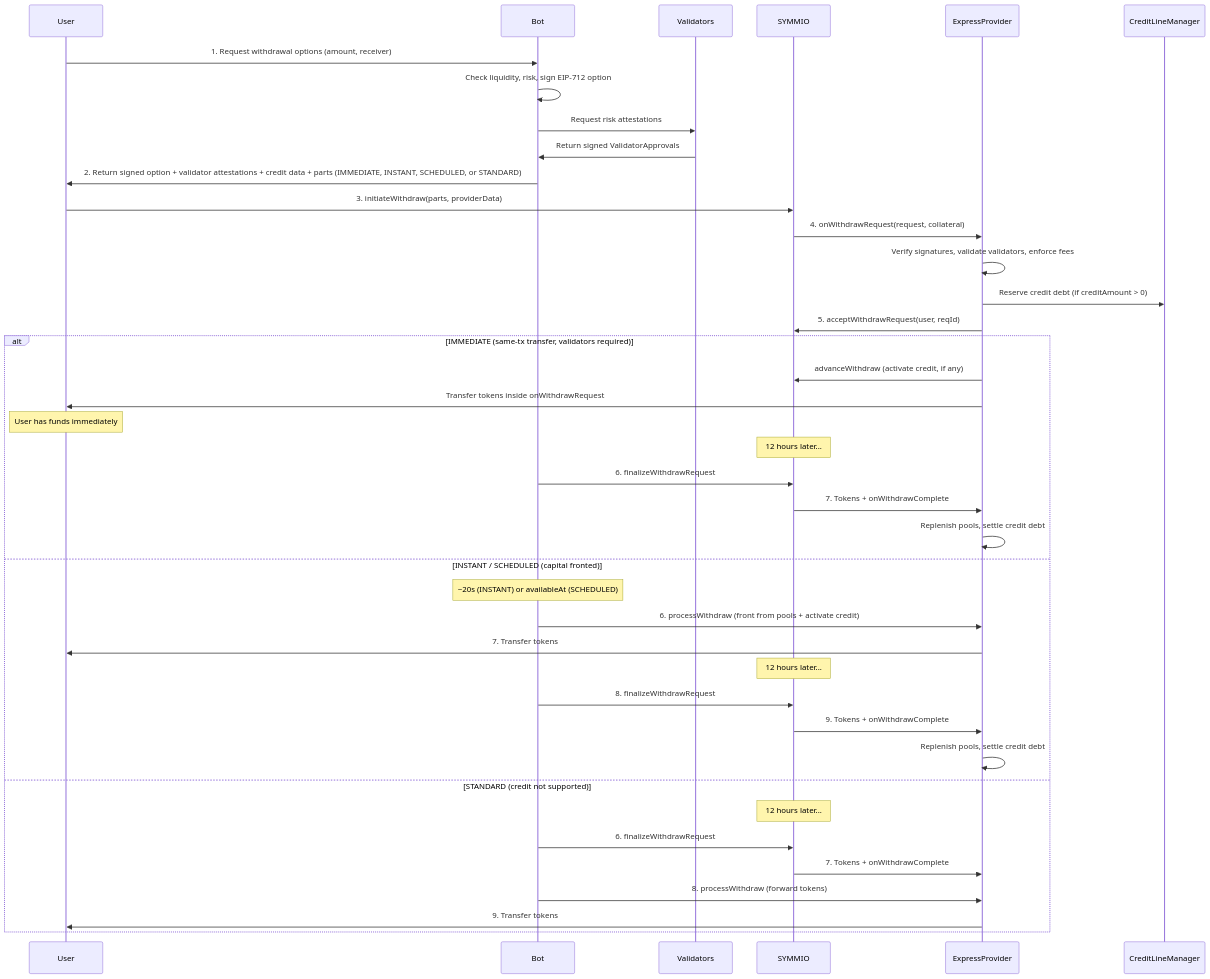
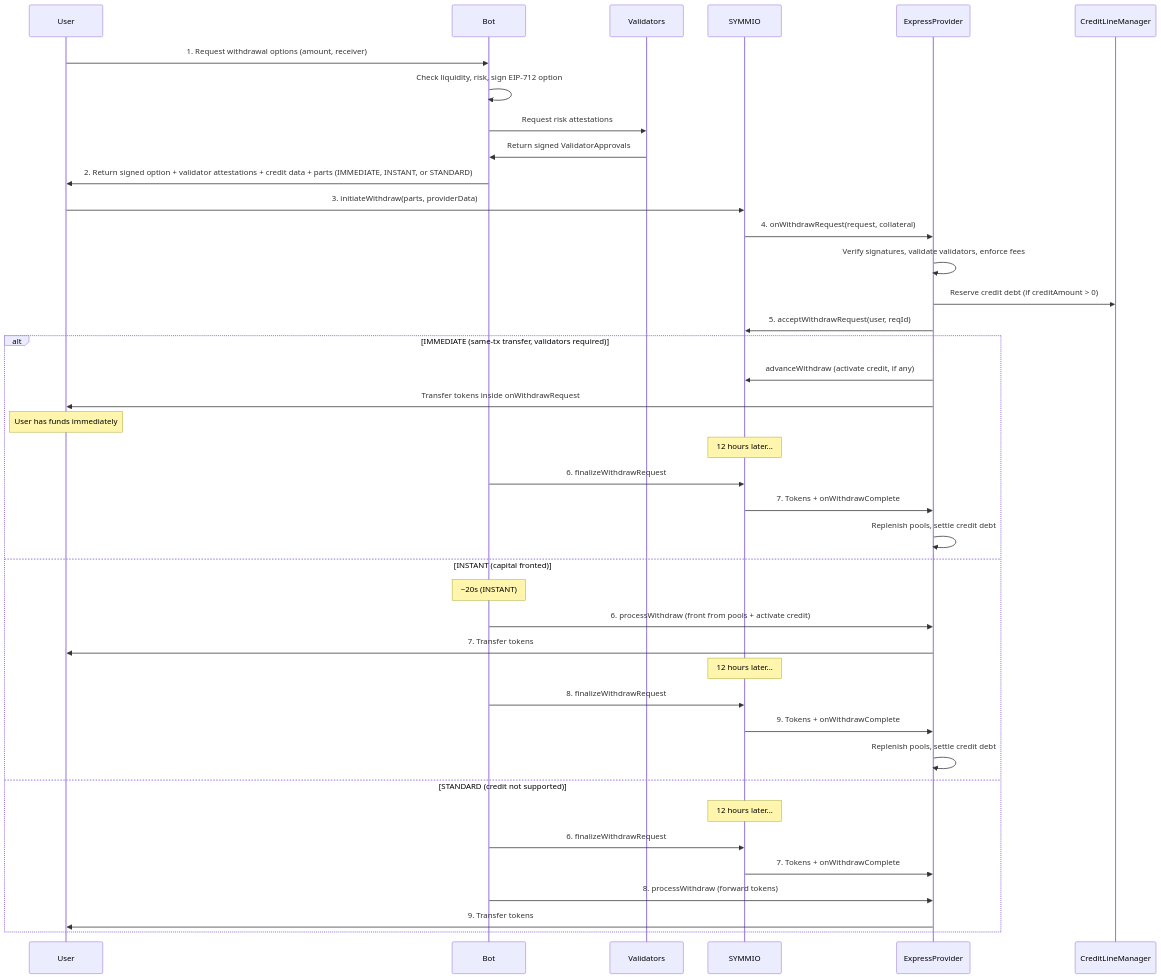
One commit to SYMM-IO/perps-core changed the first of 15 diagrams in docs/v0.8.6/express-withdrawal-system-design.md. Above: the diagram before and after it, drawn with Mermaid. The commit also changed other lines of this file and 14 other files, not shown here.

Commit message:
feat: remove SCHEDULED option type and ring buffer system

````diff
--- a/docs/v0.8.6/express-withdrawal-system-design.md
+++ b/docs/v0.8.6/express-withdrawal-system-design.md
@@ -9,45 +9,45 @@
 ```mermaid
 sequenceDiagram
     participant User
     participant Bot
     participant Validators
     participant SYMMIO
     participant Express as ExpressProvider
     participant CLM as CreditLineManager
 
     User->>Bot: 1. Request withdrawal options (amount, receiver)
     Bot->>Bot: Check liquidity, risk, sign EIP-712 option
     Bot->>Validators: Request risk attestations
     Validators->>Bot: Return signed ValidatorApprovals
-    Bot->>User: 2. Return signed option + validator attestations + credit data + parts (IMMEDIATE, INSTANT, SCHEDULED, or STANDARD)
+    Bot->>User: 2. Return signed option + validator attestations + credit data + parts (IMMEDIATE, INSTANT, or STANDARD)
 
     User->>SYMMIO: 3. initiateWithdraw(parts, providerData)
     SYMMIO->>Express: 4. onWithdrawRequest(request, collateral)
     Express->>Express: Verify signatures, validate validators, enforce fees
     Express->>CLM: Reserve credit debt (if creditAmount > 0)
     Express->>SYMMIO: 5. acceptWithdrawRequest(user, reqId)
 
     alt IMMEDIATE (same-tx transfer, validators required)
         Express->>SYMMIO: advanceWithdraw (activate credit, if any)
         Express->>User: Transfer tokens inside onWithdrawRequest
         Note over User: User has funds immediately
         Note over SYMMIO: 12 hours later...
         Bot->>SYMMIO: 6. finalizeWithdrawRequest
         SYMMIO->>Express: 7. Tokens + onWithdrawComplete
         Express->>Express: Replenish pools, settle credit debt
-    else INSTANT / SCHEDULED (capital fronted)
-        Note over Bot: ~20s (INSTANT) or availableAt (SCHEDULED)
+    else INSTANT (capital fronted)
+        Note over Bot: ~20s (INSTANT)
         Bot->>Express: 6. processWithdraw (front from pools + activate credit)
         Express->>User: 7. Transfer tokens
         Note over SYMMIO: 12 hours later...
         Bot->>SYMMIO: 8. finalizeWithdrawRequest
         SYMMIO->>Express: 9. Tokens + onWithdrawComplete
         Express->>Express: Replenish pools, settle credit debt
     else STANDARD (credit not supported)
         Note over SYMMIO: 12 hours later...
         Bot->>SYMMIO: 6. finalizeWithdrawRequest
         SYMMIO->>Express: 7. Tokens + onWithdrawComplete
         Bot->>Express: 8. processWithdraw (forward tokens)
         Express->>User: 9. Transfer tokens
     end
 ```
````
